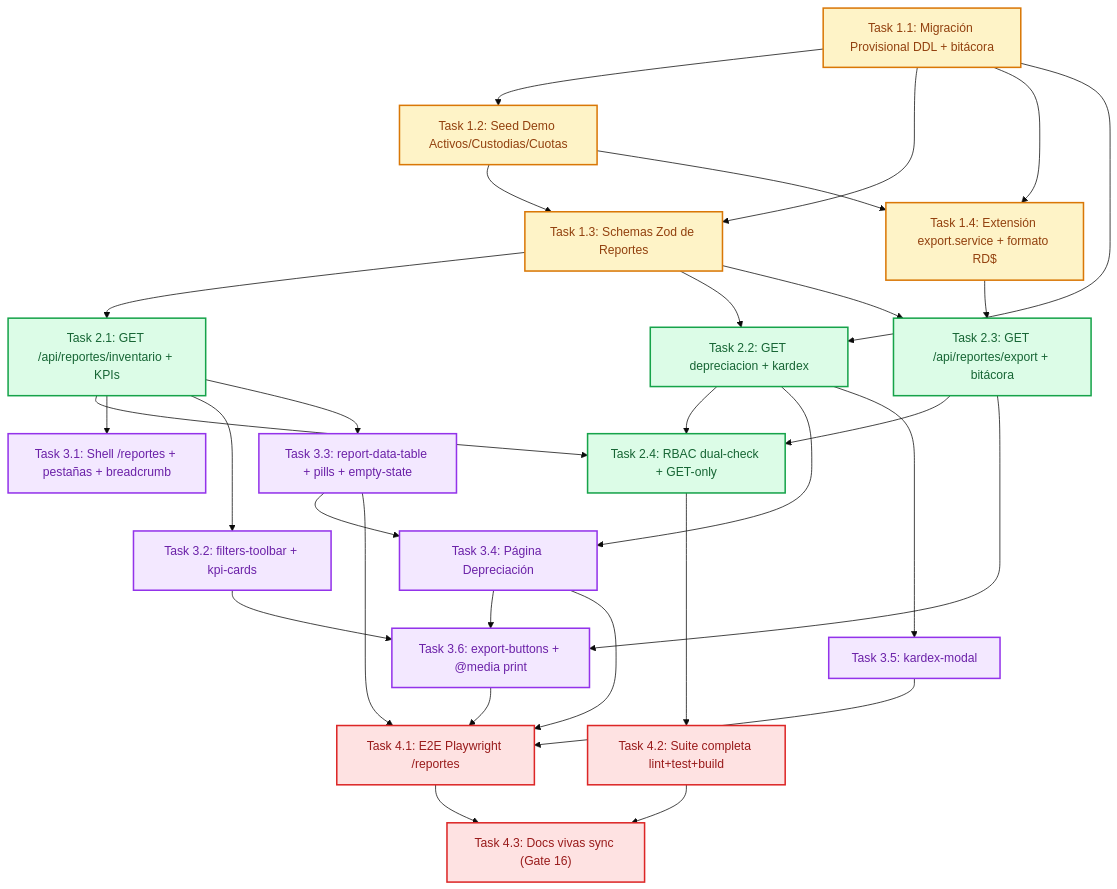
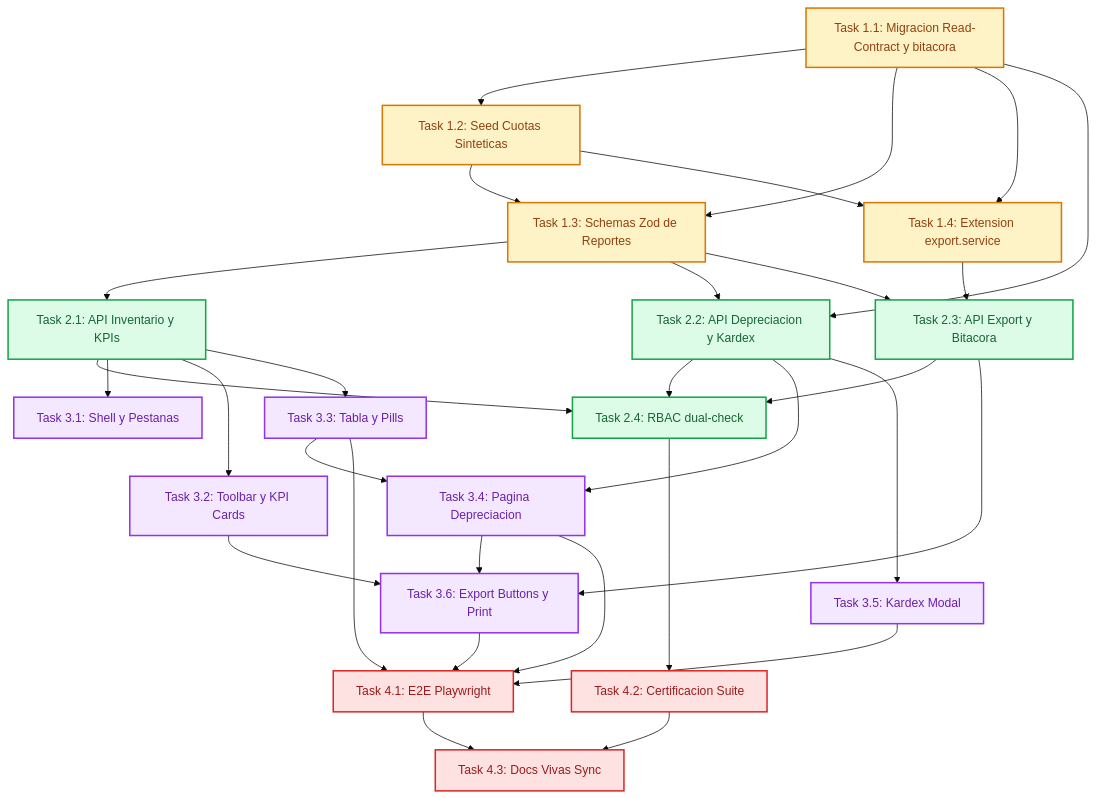
The diagram in specs/activos-fijos/04-consultas-reportes/tasks.md (JeremyJS20/activa_core), drawn with Mermaid (base theme) before and after one commit. The commit also changed other lines of this file and 2 other files, not shown here.

Commit message:
feat(reportes): Task 1.1 migracion read-contract (DepreciacionMensual provisional Sub-03, BitacoraExportacion Sub-04 e indices aditivos sobre activos_fijos)

````diff
--- a/specs/activos-fijos/04-consultas-reportes/tasks.md
+++ b/specs/activos-fijos/04-consultas-reportes/tasks.md
@@ -25,40 +25,61 @@
 ```mermaid
 graph TD
-    classDef fdnStyle fill:#fef3c7,stroke:#d97706,stroke-width:2px,color:#92400e
-    classDef coreStyle fill:#dcfce7,stroke:#16a34a,stroke-width:2px,color:#166534
-    classDef uiStyle fill:#f3e8ff,stroke:#9333ea,stroke-width:2px,color:#6b21a8
-    classDef testStyle fill:#fee2e2,stroke:#dc2626,stroke-width:2px,color:#991b1b
+    classDef fdnStyle fill:#fef3c7,stroke:#d97706,stroke-width:2px,color:#92400e;
+    classDef coreStyle fill:#dcfce7,stroke:#16a34a,stroke-width:2px,color:#166534;
+    classDef uiStyle fill:#f3e8ff,stroke:#9333ea,stroke-width:2px,color:#6b21a8;
+    classDef testStyle fill:#fee2e2,stroke:#dc2626,stroke-width:2px,color:#991b1b;
 
-    T1_1["Task 1.1: Migración Provisional DDL + bitácora"]:::fdnStyle --> T1_2["Task 1.2: Seed Demo Activos/Custodias/Cuotas"]:::fdnStyle
-    T1_1 --> T1_3["Task 1.3: Schemas Zod de Reportes"]:::fdnStyle
-    T1_1 --> T1_4["Task 1.4: Extensión export.service + formato RD$"]:::fdnStyle
+    T1_1["Task 1.1: Migracion Read-Contract y bitacora"]:::fdnStyle;
+    T1_2["Task 1.2: Seed Cuotas Sinteticas"]:::fdnStyle;
+    T1_3["Task 1.3: Schemas Zod de Reportes"]:::fdnStyle;
+    T1_4["Task 1.4: Extension export.service"]:::fdnStyle;
+
+    T2_1["Task 2.1: API Inventario y KPIs"]:::coreStyle;
+    T2_2["Task 2.2: API Depreciacion y Kardex"]:::coreStyle;
+    T2_3["Task 2.3: API Export y Bitacora"]:::coreStyle;
+    T2_4["Task 2.4: RBAC dual-check"]:::coreStyle;
+
+    T3_1["Task 3.1: Shell y Pestanas"]:::uiStyle;
+    T3_2["Task 3.2: Toolbar y KPI Cards"]:::uiStyle;
+    T3_3["Task 3.3: Tabla y Pills"]:::uiStyle;
+    T3_4["Task 3.4: Pagina Depreciacion"]:::uiStyle;
+    T3_5["Task 3.5: Kardex Modal"]:::uiStyle;
+    T3_6["Task 3.6: Export Buttons y Print"]:::uiStyle;
+
+    T4_1["Task 4.1: E2E Playwright"]:::testStyle;
+    T4_2["Task 4.2: Certificacion Suite"]:::testStyle;
+    T4_3["Task 4.3: Docs Vivas Sync"]:::testStyle;
+
+    T1_1 --> T1_2
+    T1_1 --> T1_3
+    T1_1 --> T1_4
     T1_2 --> T1_3
     T1_2 --> T1_4
 
-    T1_3 --> T2_1["Task 2.1: GET /api/reportes/inventario + KPIs"]:::coreStyle
-    T1_3 --> T2_2["Task 2.2: GET depreciacion + kardex"]:::coreStyle
+    T1_3 --> T2_1
+    T1_3 --> T2_2
     T1_1 --> T2_2
-    T1_4 --> T2_3["Task 2.3: GET /api/reportes/export + bitácora"]:::coreStyle
+    T1_4 --> T2_3
     T1_3 --> T2_3
-    T2_2 --> T2_4["Task 2.4: RBAC dual-check + GET-only"]:::coreStyle
     T2_1 --> T2_4
+    T2_2 --> T2_4
     T2_3 --> T2_4
 
-    T2_1 --> T3_1["Task 3.1: Shell /reportes + pestañas + breadcrumb"]:::uiStyle
-    T2_1 --> T3_2["Task 3.2: filters-toolbar + kpi-cards"]:::uiStyle
-    T2_1 --> T3_3["Task 3.3: report-data-table + pills + empty-state"]:::uiStyle
-    T2_2 --> T3_4["Task 3.4: Página Depreciación"]:::uiStyle
+    T2_1 --> T3_1
+    T2_1 --> T3_2
+    T2_1 --> T3_3
+    T2_2 --> T3_4
     T3_3 --> T3_4
-    T2_2 --> T3_5["Task 3.5: kardex-modal"]:::uiStyle
-    T2_3 --> T3_6["Task 3.6: export-buttons + @media print"]:::uiStyle
+    T2_2 --> T3_5
+    T2_3 --> T3_6
     T3_2 --> T3_6
     T3_4 --> T3_6
 
-    T3_3 --> T4_1["Task 4.1: E2E Playwright /reportes"]:::testStyle
+    T3_3 --> T4_1
     T3_4 --> T4_1
     T3_5 --> T4_1
     T3_6 --> T4_1
-    T2_4 --> T4_2["Task 4.2: Suite completa lint+test+build"]:::testStyle
-    T4_1 --> T4_3["Task 4.3: Docs vivas sync (Gate 16)"]:::testStyle
+    T2_4 --> T4_2
+    T4_1 --> T4_3
     T4_2 --> T4_3
 ```
````
